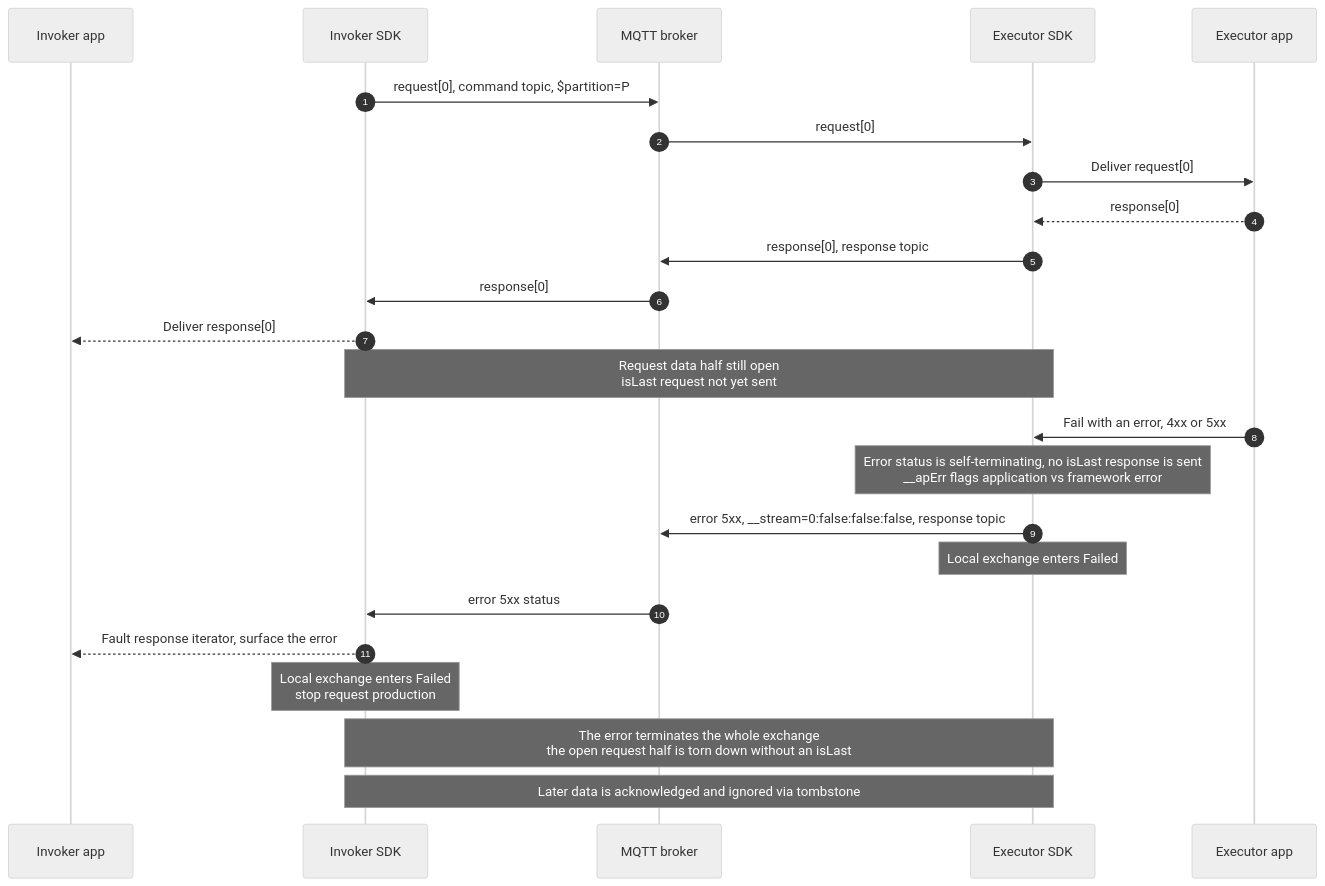
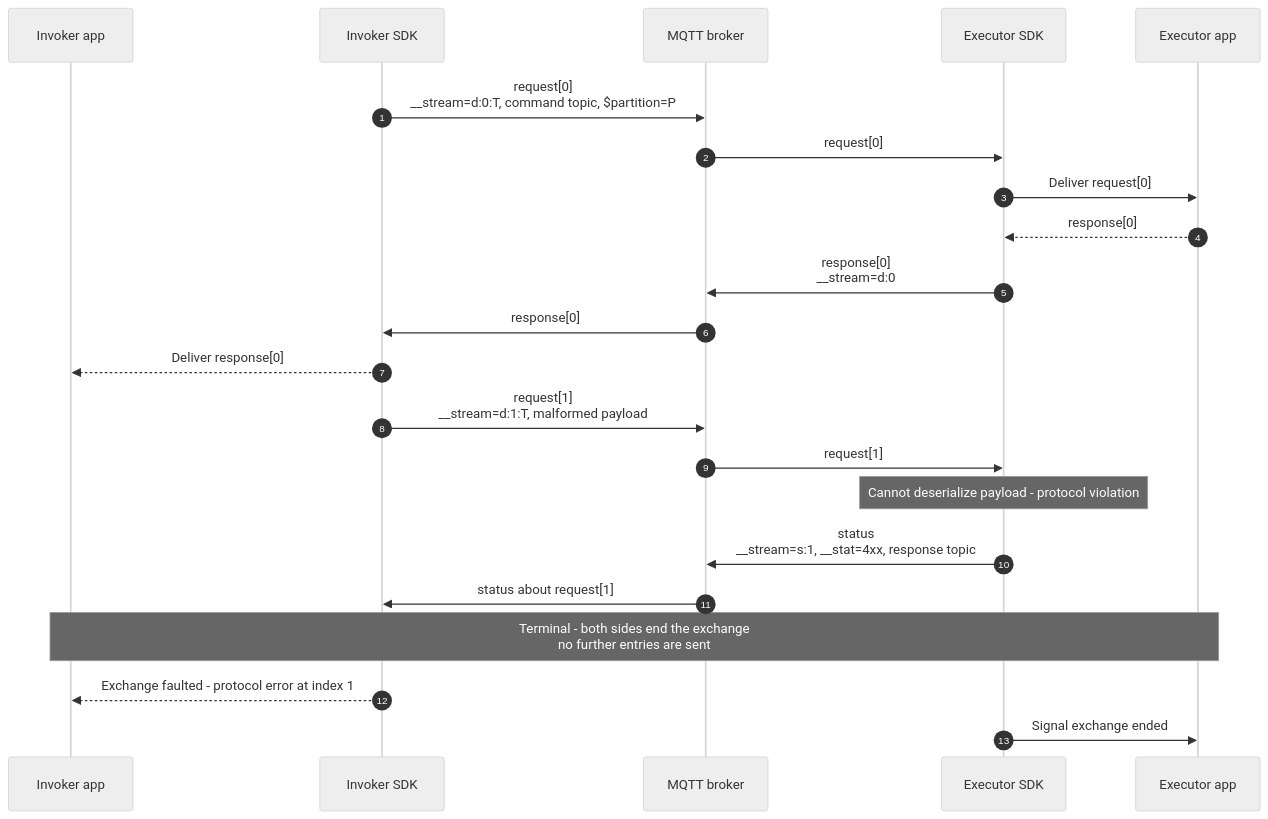
One commit to Azure/iot-operations-sdks changed the seventh of 10 diagrams in doc/dev/adr/0025-rpc-streaming-lifecycle-diagrams.md. Above: the diagram before and after it, drawn with Mermaid (neutral theme). The commit also changed other lines of this file, not shown here.

Commit message:
refine terminology and clarify stream handling in RPC streaming documentation

````diff
--- a/doc/dev/adr/0025-rpc-streaming-lifecycle-diagrams.md
+++ b/doc/dev/adr/0025-rpc-streaming-lifecycle-diagrams.md
@@ -295,28 +277,26 @@
 ```mermaid
 sequenceDiagram
     autonumber
     participant IA as Invoker app
     participant IS as Invoker SDK
     participant B as MQTT broker
     participant ES as Executor SDK
     participant EA as Executor app
 
-    IS->>B: request[0], command topic, $partition=P
+    IS->>B: request[0]<br/>__stream=d:0:T, command topic, $partition=P
     B->>ES: request[0]
     ES->>EA: Deliver request[0]
     EA-->>ES: response[0]
-    ES->>B: response[0], response topic
+    ES->>B: response[0]<br/>__stream=d:0
     B->>IS: response[0]
     IS-->>IA: Deliver response[0]
 
-    Note over IS,ES: Request data half still open<br/>isLast request not yet sent
-    EA->>ES: Fail with an error, 4xx or 5xx
-    Note over ES: Error status is self-terminating, no isLast response is sent<br/>__apErr flags application vs framework error
-    ES->>B: error 5xx, __stream=0:false:false:false, response topic
-    Note over ES: Local exchange enters Failed
-    B->>IS: error 5xx status
-    IS-->>IA: Fault response iterator, surface the error
-    Note over IS: Local exchange enters Failed<br/>stop request production
-    Note over IS,ES: The error terminates the whole exchange<br/>the open request half is torn down without an isLast
-    Note over IS,ES: Later data is acknowledged and ignored via tombstone
+    IS->>B: request[1]<br/>__stream=d:1:T, malformed payload
+    B->>ES: request[1]
+    Note over ES: Cannot deserialize payload - protocol violation
+    ES->>B: status<br/>__stream=s:1, __stat=4xx, response topic
+    B->>IS: status about request[1]
+    Note over IA,EA: Terminal - both sides end the exchange<br/>no further entries are sent
+    IS-->>IA: Exchange faulted - protocol error at index 1
+    ES->>EA: Signal exchange ended
 ```
````
